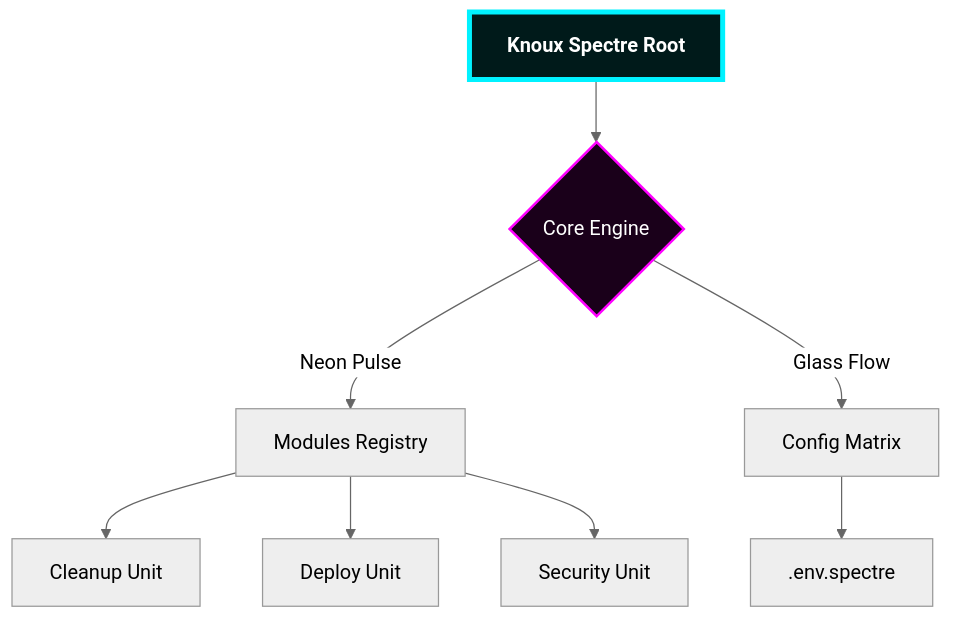
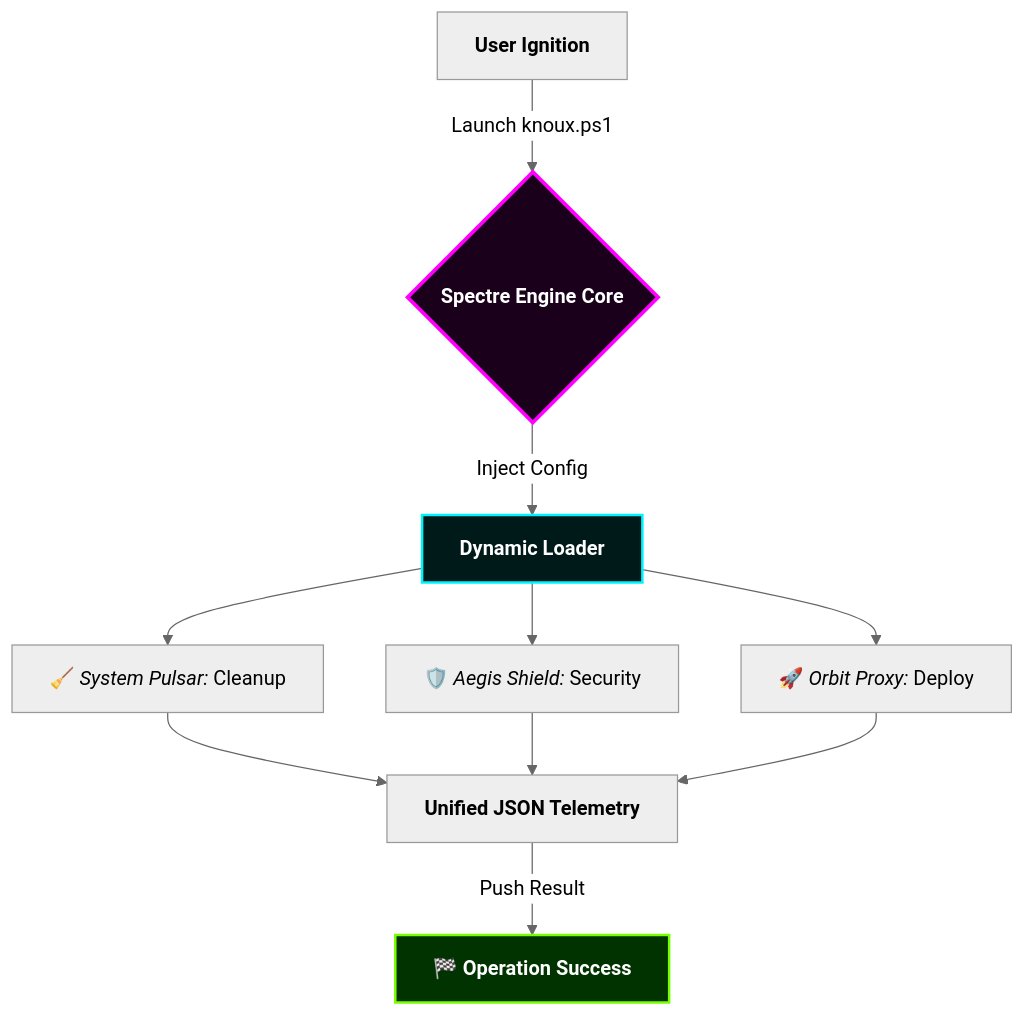
One commit to knuux7-ctrl/Knoux-Spectre-Toolbox changed the diagram in README.md. Above: the diagram before and after it, drawn with Mermaid (neutral theme). The commit also changed other lines of this file, not shown here.

````diff
--- a/README.md
+++ b/README.md
@@ -68,13 +34,15 @@
 ```mermaid
 graph TD
-    A[<b>Knoux Spectre Root</b>] --> B{Core Engine}
-    B -->|Neon Pulse| C[Modules Registry]
-    B -->|Glass Flow| D[Config Matrix]
-    C --> E[Cleanup Unit]
-    C --> F[Deploy Unit]
-    C --> G[Security Unit]
-    D --> H[.env.spectre]
-    style A fill:#001a1a,stroke:#00f2ff,stroke-width:4px,color:#fff
-    style B fill:#1a001a,stroke:#ff00ff,stroke-width:2px,color:#fff
+    A[<b>User Ignition</b>] -- "Launch knoux.ps1" --> B{<b>Spectre Engine Core</b>}
+    B -- "Inject Config" --> C[<b>Dynamic Loader</b>]
+    C --> D[🧹 <i>System Pulsar:</i> Cleanup]
+    C --> E[🛡️ <i>Aegis Shield:</i> Security]
+    C --> F[🚀 <i>Orbit Proxy:</i> Deploy]
+    D & E & F --> G[<b>Unified JSON Telemetry</b>]
+    G -- "Push Result" --> H[🏁 <b>Operation Success</b>]
+
+    style B fill:#1a001a,stroke:#ff00ff,stroke-width:3px,color:#fff
+    style C fill:#001a1a,stroke:#00f2ff,stroke-width:2px,color:#fff
+    style H fill:#003300,stroke:#77ff00,stroke-width:2px,color:#fff
 
 ```
````
